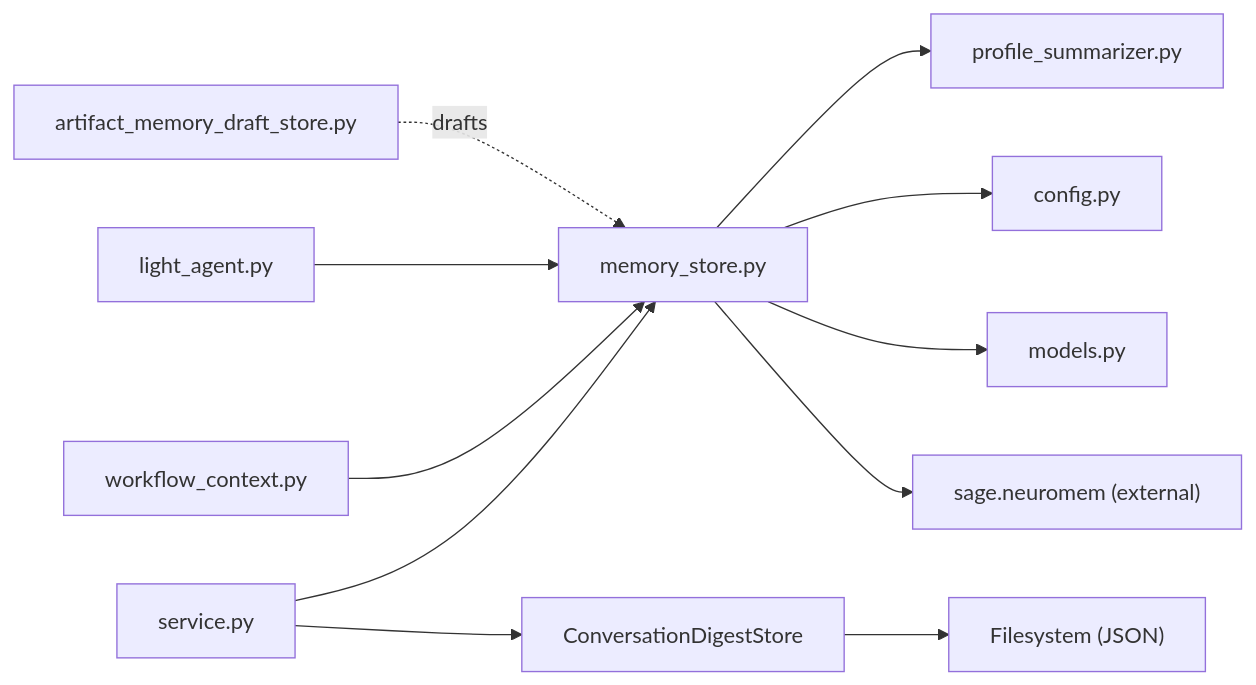
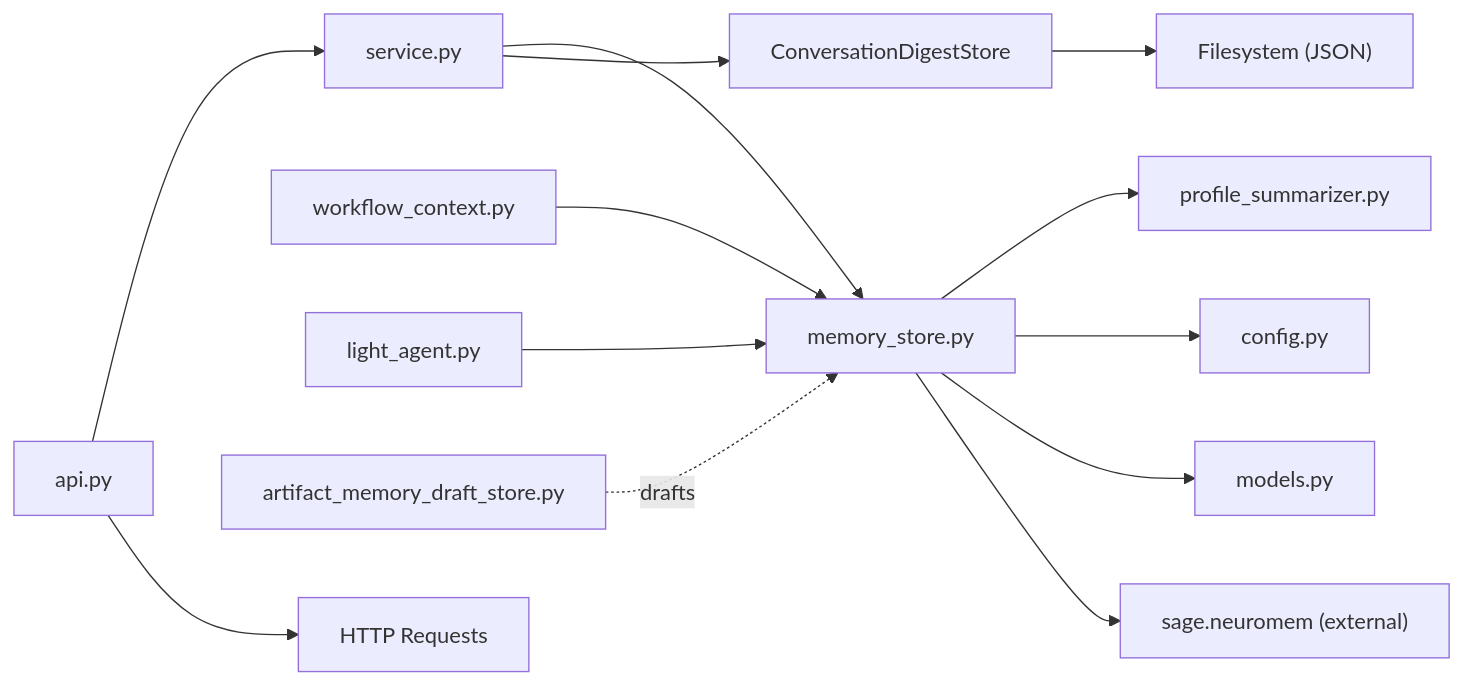
Before and after one commit to intellistream/sage-mate: diagram 11 of 11 in .qoder/repowiki/en/content/Memory Systems/Memory Systems.md, drawn with Mermaid. The commit also changed other lines of this file and 115 other files, not shown here.

````diff
--- a/.qoder/repowiki/en/content/Memory Systems/Memory Systems.md
+++ b/.qoder/repowiki/en/content/Memory Systems/Memory Systems.md
@@ -555,13 +609,15 @@
 ```mermaid
 graph LR
 MS["memory_store.py"] --> PS["profile_summarizer.py"]
 MS --> CFG["config.py"]
 MS --> MD["models.py"]
 SV["service.py"] --> MS
 SV --> CDS["ConversationDigestStore"]
+API["api.py"] --> SV
 WFC["workflow_context.py"] --> MS
 LA["light_agent.py"] --> MS
 AMS["artifact_memory_draft_store.py"] -. drafts .-> MS
 MS --> NEU["sage.neuromem (external)"]
 CDS --> FS["Filesystem (JSON)"]
+API --> HTTP["HTTP Requests"]
 ```
````
